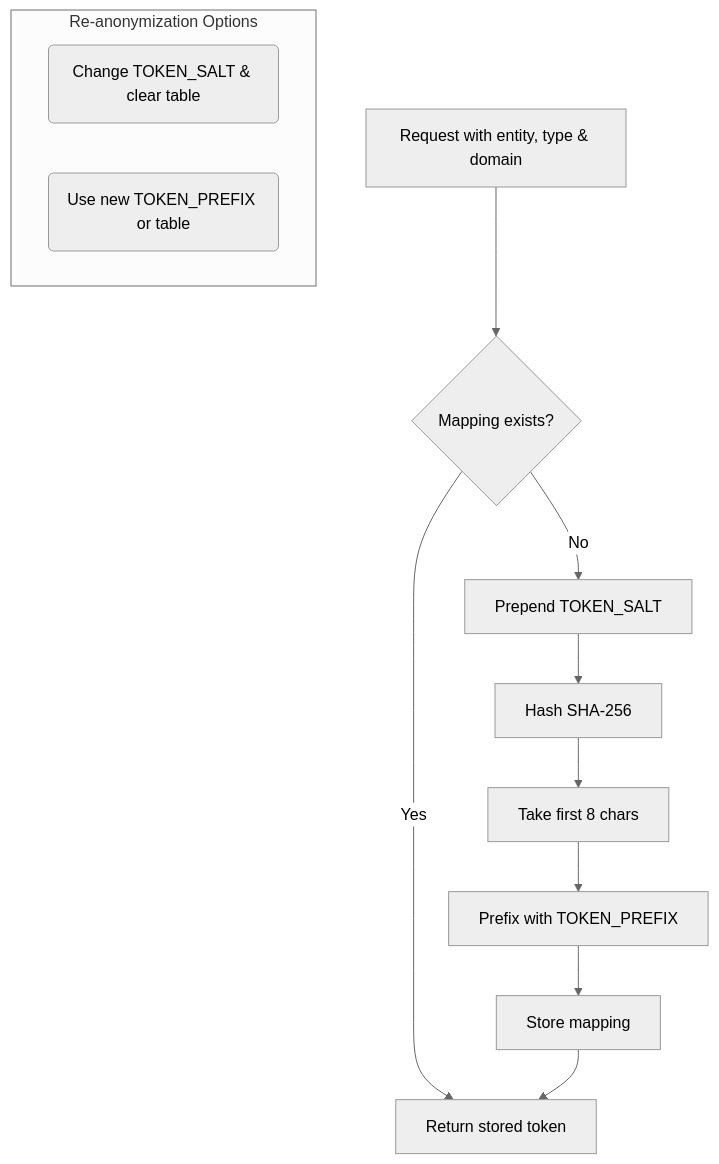
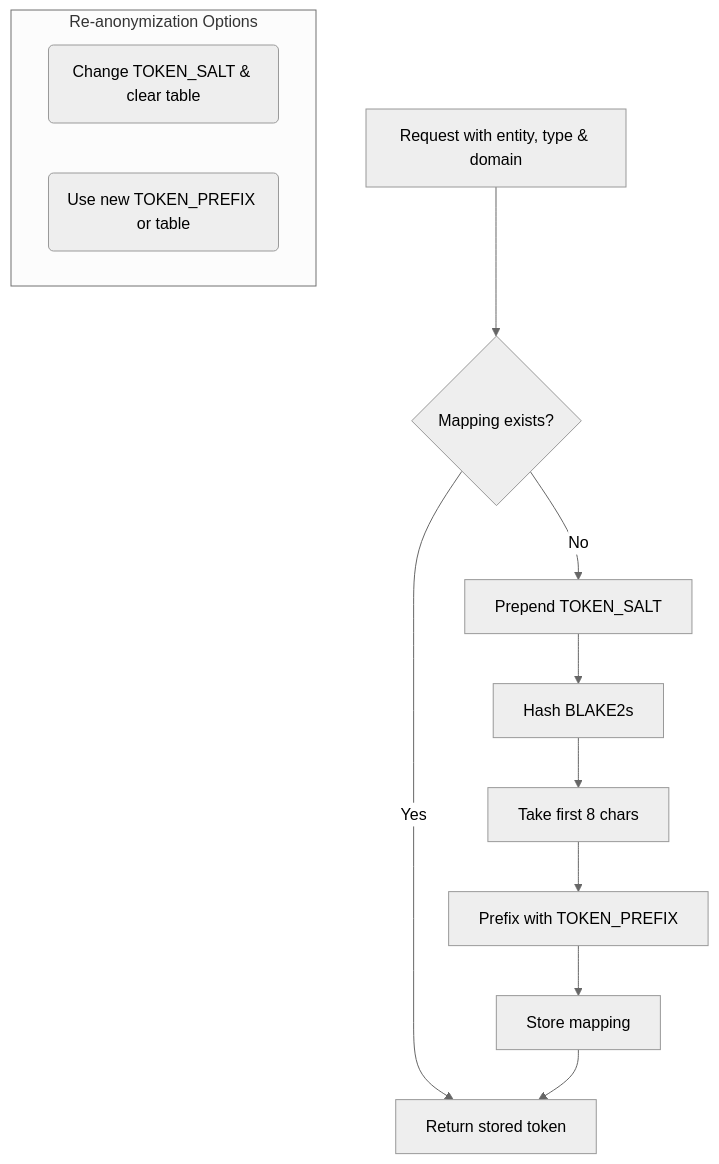
One commit to ksinha49/ai-workloads changed the diagram in docs/tokenization_workflow.md. Above: the diagram before and after it, drawn with Mermaid (neutral theme). The commit also changed other lines of this file and 2 other files, not shown here.

Commit message:
Use blake2s for entity tokenization

````diff
--- a/docs/tokenization_workflow.md
+++ b/docs/tokenization_workflow.md
@@ -6,16 +6,16 @@
 ```mermaid
 flowchart TD
     A["Request with entity, type & domain"] --> B{"Mapping exists?"}
     B -- Yes --> C["Return stored token"]
     B -- No --> D["Prepend TOKEN_SALT"]
-    D --> E["Hash SHA-256"]
+    D --> E["Hash BLAKE2s"]
     E --> F["Take first 8 chars"]
     F --> G["Prefix with TOKEN_PREFIX"]
     G --> H["Store mapping"]
     H --> C
 
     subgraph "Re-anonymization Options"
         I("Change TOKEN_SALT & clear table")
         J("Use new TOKEN_PREFIX or table")
     end
 ```
````
